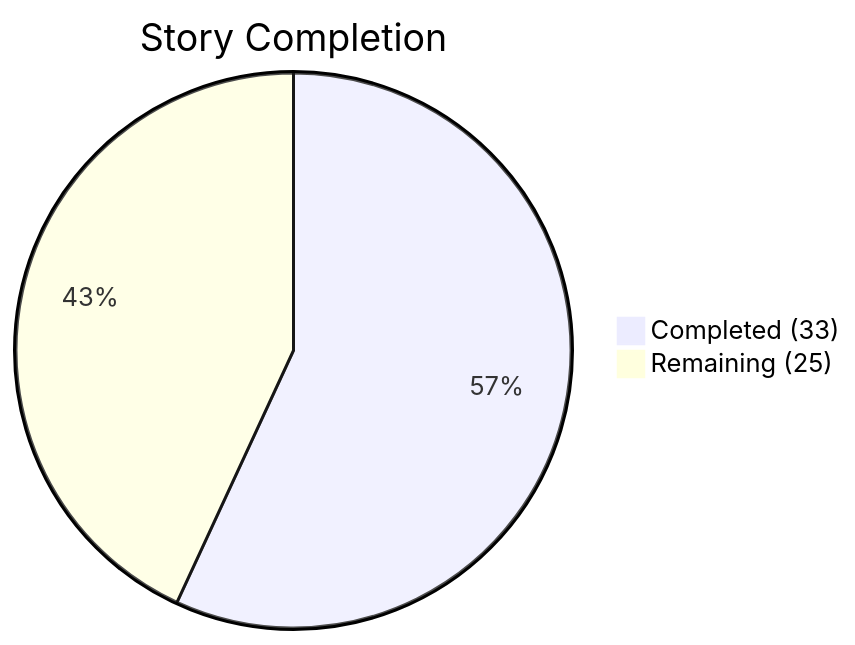
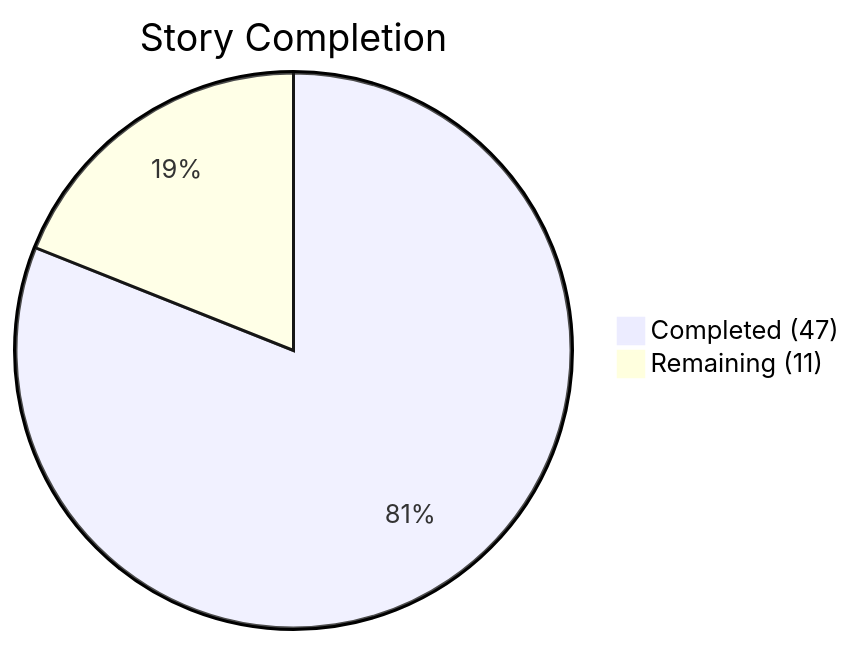
One commit to artemsemdev/SeaRise-Europe changed the first of 2 diagrams in docs/delivery/ROADMAP.md. Above: the diagram before and after it, drawn with Mermaid. The commit also changed other lines of this file and 27 other files, not shown here.

````diff
--- a/docs/delivery/ROADMAP.md
+++ b/docs/delivery/ROADMAP.md
@@ -24,5 +24,5 @@
 ```mermaid
 pie title Story Completion
-    "Completed (33)" : 33
-    "Remaining (25)" : 25
+    "Completed (47)" : 47
+    "Remaining (11)" : 11
 ```
````
